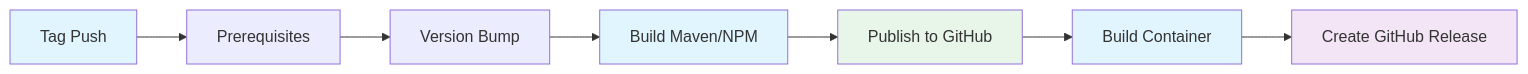
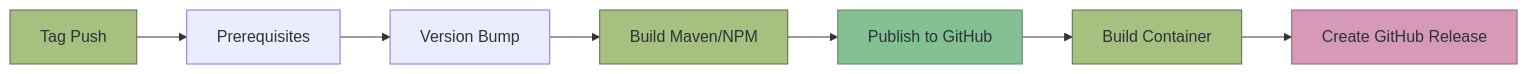
The fifth of 6 diagrams in docs/workflows.md (diggsweden/reusable-ci), drawn with Mermaid before and after one commit. The commit also changed other lines of this file and 17 other files, not shown here.

````diff
--- a/docs/workflows.md
+++ b/docs/workflows.md
@@ -146,15 +125,15 @@
 ```mermaid
 graph LR
     A[Tag Push] --> B[Prerequisites]
     B --> C[Version Bump]
     C --> D[Build Maven/NPM]
     D --> E[Publish to GitHub]
     E --> F[Build Container]
     F --> G[Create GitHub Release]
 
-    style A fill:#e1f5ff
-    style D fill:#e1f5ff
-    style E fill:#e8f5e9
-    style F fill:#e1f5ff
-    style G fill:#f3e5f5
+    style A fill:#a7c080,stroke:#5c6a4a,color:#2b3339
+    style D fill:#a7c080,stroke:#5c6a4a,color:#2b3339
+    style E fill:#83c092,stroke:#5c856a,color:#2b3339
+    style F fill:#a7c080,stroke:#5c6a4a,color:#2b3339
+    style G fill:#d699b6,stroke:#93647c,color:#2b3339
 ```
````
